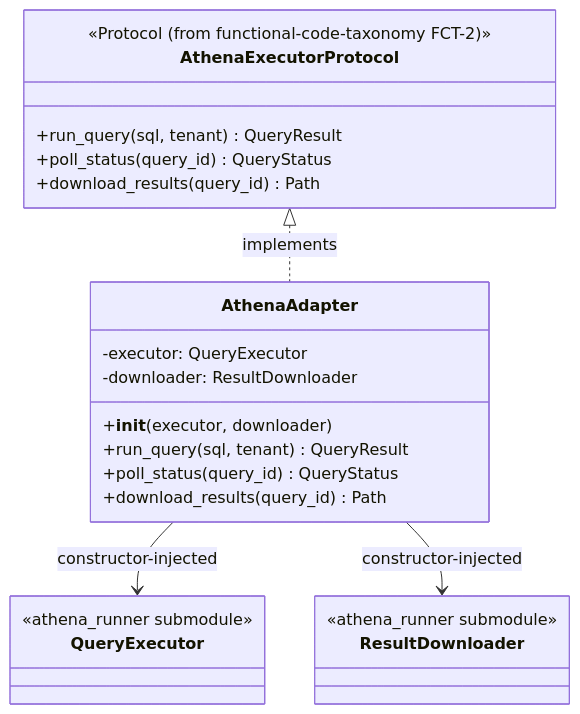
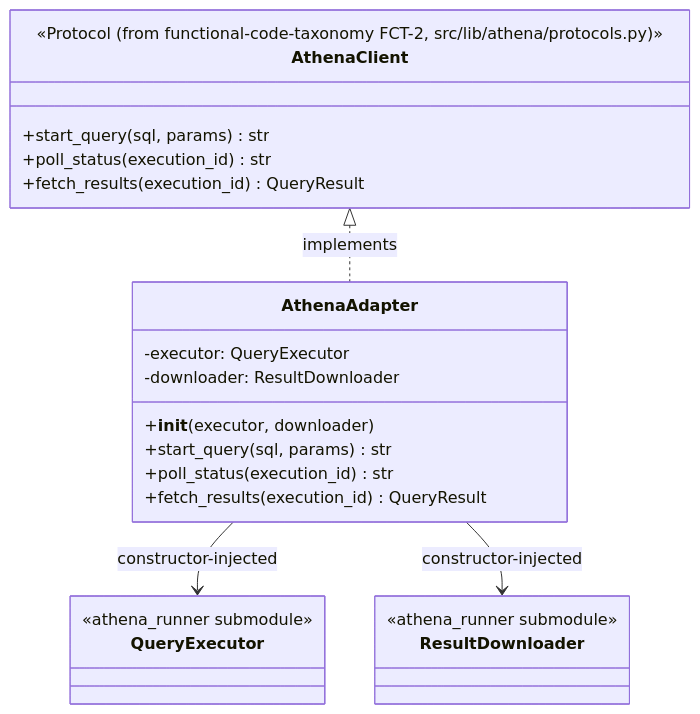
The second of 2 diagrams in docs/plan/src-lib-migration/athena-lib-integration/stories.md (abhadrasyna/ih-trace-lab), drawn with Mermaid before and after one commit. The commit also changed other lines of this file and 6 other files, not shown here.

````diff
--- a/docs/plan/src-lib-migration/athena-lib-integration/stories.md
+++ b/docs/plan/src-lib-migration/athena-lib-integration/stories.md
@@ -62,26 +62,26 @@
 ```mermaid
 classDiagram
-    class AthenaExecutorProtocol {
-        <<Protocol (from functional-code-taxonomy FCT-2)>>
-        +run_query(sql, tenant) QueryResult
-        +poll_status(query_id) QueryStatus
-        +download_results(query_id) Path
+    class AthenaClient {
+        <<Protocol (from functional-code-taxonomy FCT-2, src/lib/athena/protocols.py)>>
+        +start_query(sql, params) str
+        +poll_status(execution_id) str
+        +fetch_results(execution_id) QueryResult
     }
     class AthenaAdapter {
         -executor: QueryExecutor
         -downloader: ResultDownloader
         +__init__(executor, downloader)
-        +run_query(sql, tenant) QueryResult
-        +poll_status(query_id) QueryStatus
-        +download_results(query_id) Path
+        +start_query(sql, params) str
+        +poll_status(execution_id) str
+        +fetch_results(execution_id) QueryResult
     }
     class QueryExecutor {
         <<athena_runner submodule>>
     }
     class ResultDownloader {
         <<athena_runner submodule>>
     }
-    AthenaExecutorProtocol <|.. AthenaAdapter : implements
+    AthenaClient <|.. AthenaAdapter : implements
     AthenaAdapter --> QueryExecutor : constructor-injected
     AthenaAdapter --> ResultDownloader : constructor-injected
 ```
````
